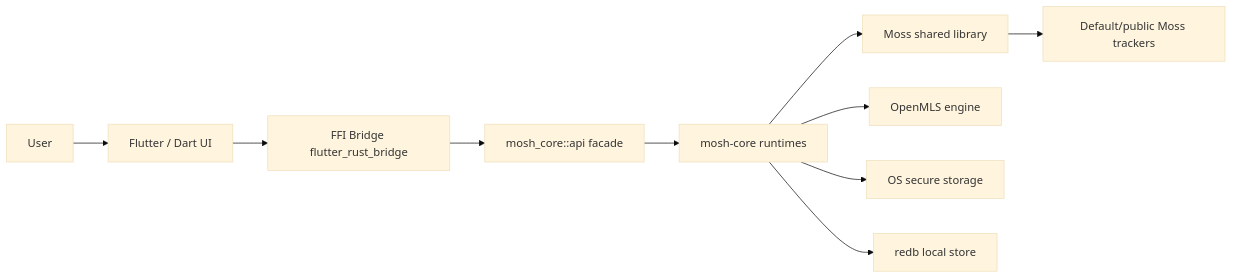
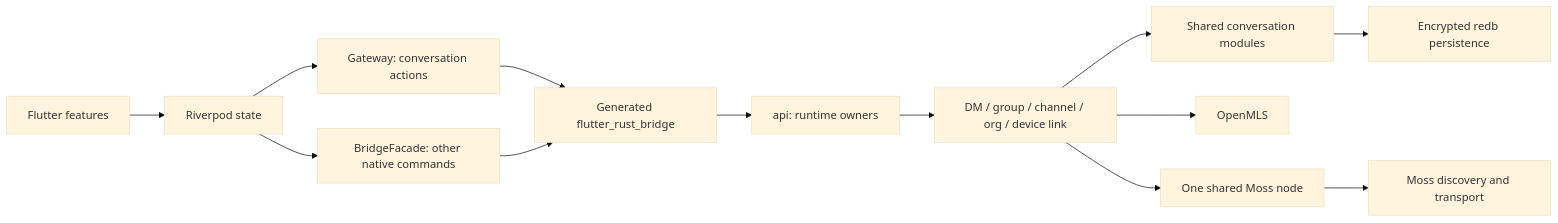
Before and after one commit to redstone-md/mosh-flutter: the first of 2 diagrams in docs/Architecture.md, drawn with Mermaid (base theme). The commit also changed other lines of this file and 5 other files, not shown here.

````diff
--- a/docs/Architecture.md
+++ b/docs/Architecture.md
@@ -11,23 +11,15 @@
 ```mermaid
 flowchart LR
-    User[User]
-    Flutter[Flutter / Dart UI]
-    Bridge[FFI Bridge flutter_rust_bridge]
-    Api[mosh_core::api facade]
-    Runtimes[mosh-core runtimes]
-    Moss[Moss shared library]
-    OpenMLS[OpenMLS engine]
-    Keychain[OS secure storage]
-    Store[redb local store]
-    Trackers[Default/public Moss trackers]
-
-User --> Flutter
-Flutter --> Bridge
-Bridge --> Api
-Api --> Runtimes
-Runtimes --> OpenMLS
-Runtimes --> Moss
-Runtimes --> Keychain
-Runtimes --> Store
-Moss --> Trackers
+    UI[Flutter features] --> State[Riverpod state]
+    State --> Gateway[Gateway: conversation actions]
+    State --> Facade[BridgeFacade: other native commands]
+    Gateway --> Bridge[Generated flutter_rust_bridge]
+    Facade --> Bridge
+    Bridge --> Owners[api: runtime owners]
+    Owners --> Runtime[DM / group / channel / org / device link]
+    Runtime --> Shared[Shared conversation modules]
+    Runtime --> MLS[OpenMLS]
+    Runtime --> Node[One shared Moss node]
+    Shared --> Store[Encrypted redb persistence]
+    Node --> Mesh[Moss discovery and transport]
 ```
````
